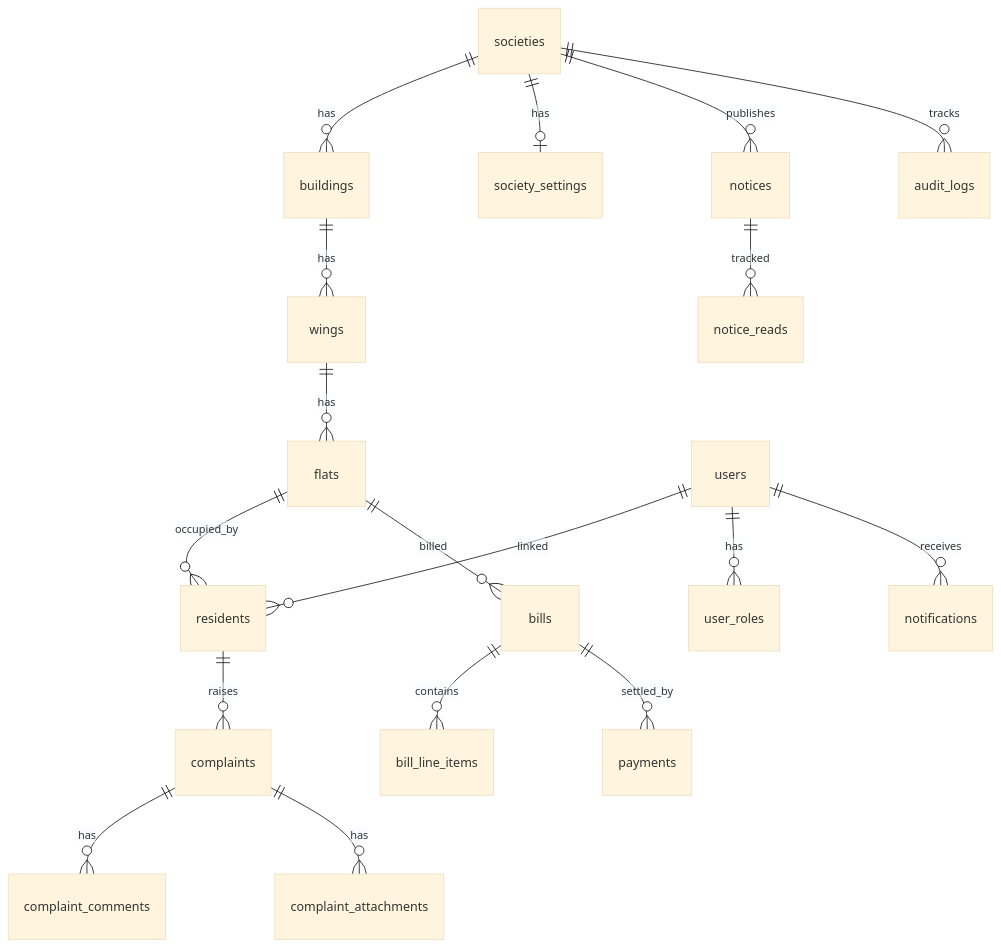
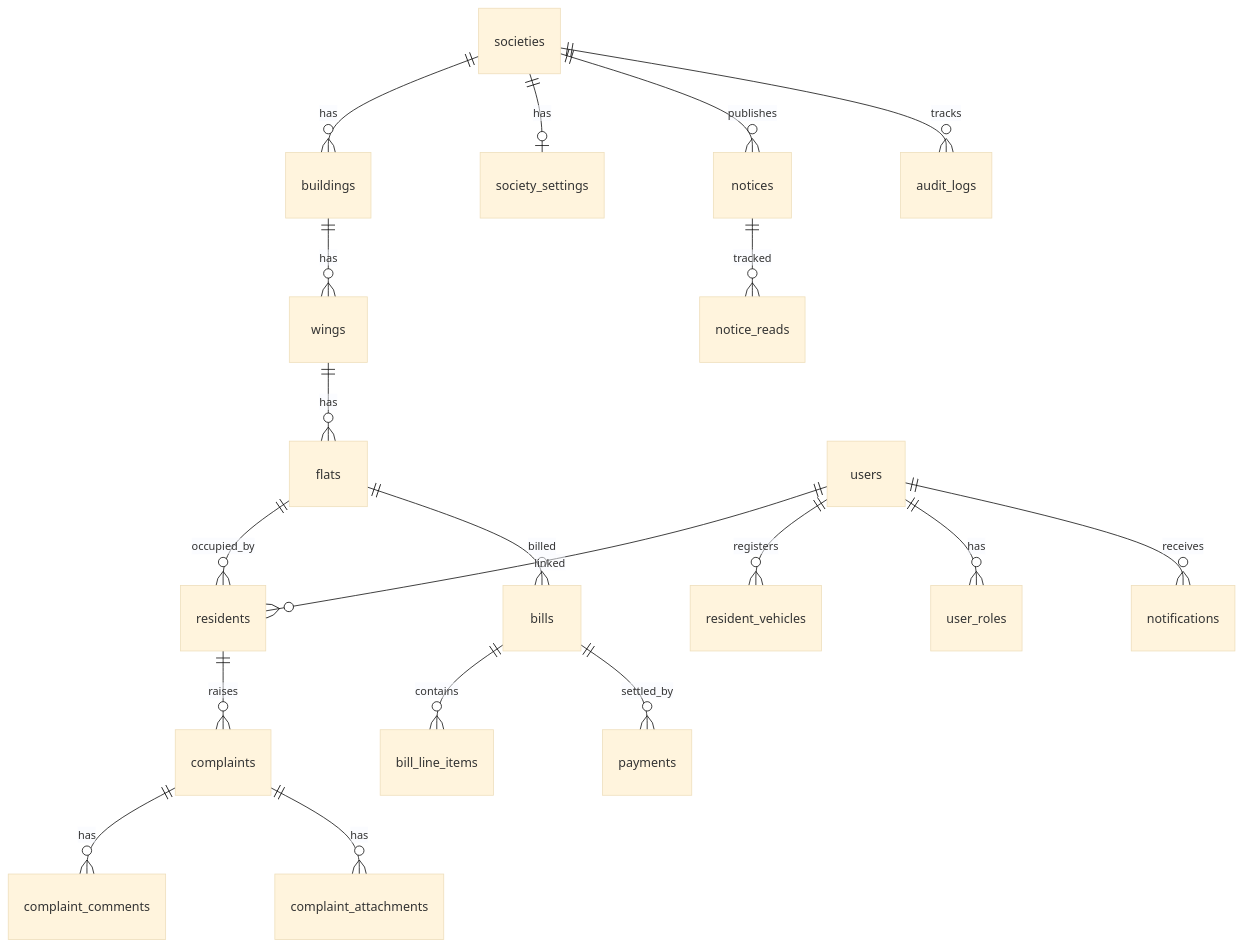
Before and after one commit to SANDESHSALUNKE143/society-hub: the diagram in docs/04-Database.md, drawn with Mermaid (base theme). The commit also changed other lines of this file and 67 other files, not shown here.

````diff
--- a/docs/04-Database.md
+++ b/docs/04-Database.md
@@ -84,20 +85,21 @@
 ```mermaid
 erDiagram
   societies ||--o{ buildings : has
   buildings ||--o{ wings : has
   wings ||--o{ flats : has
   societies ||--o| society_settings : has
   flats ||--o{ residents : occupied_by
   users ||--o{ residents : linked
+  users ||--o{ resident_vehicles : registers
   users ||--o{ user_roles : has
   residents ||--o{ complaints : raises
   complaints ||--o{ complaint_comments : has
   complaints ||--o{ complaint_attachments : has
   flats ||--o{ bills : billed
   bills ||--o{ bill_line_items : contains
   bills ||--o{ payments : settled_by
   societies ||--o{ notices : publishes
   notices ||--o{ notice_reads : tracked
   users ||--o{ notifications : receives
   societies ||--o{ audit_logs : tracks
 ```
````
